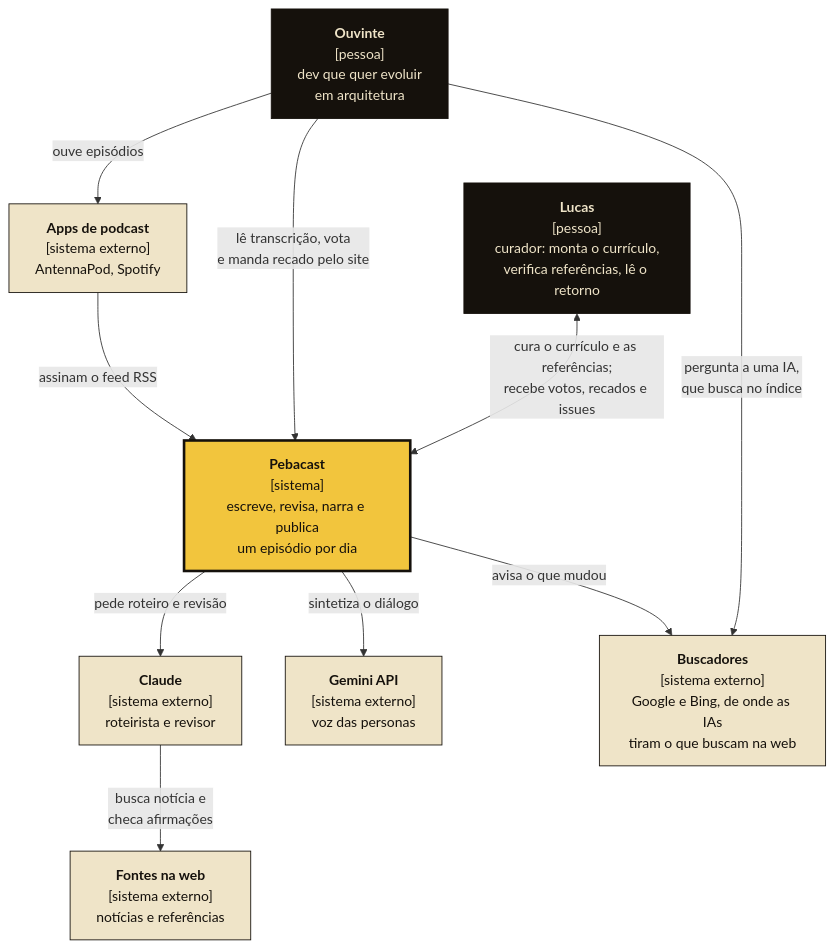
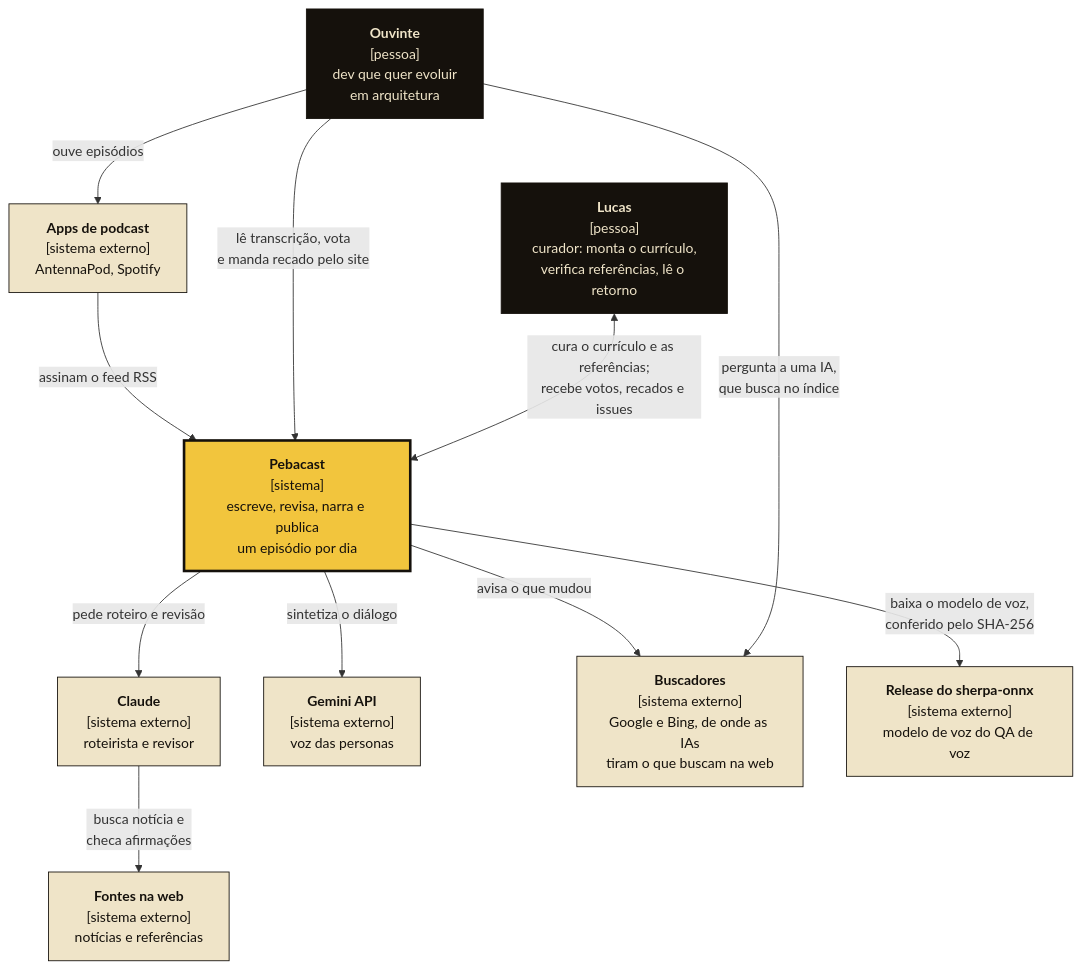
The first of 2 diagrams in docs/c4-negocio.md (lucas-jdev/pebacast), drawn with Mermaid before and after one commit. The commit also changed other lines of this file and 15 other files, not shown here.

````diff
--- a/docs/c4-negocio.md
+++ b/docs/c4-negocio.md
@@ -9,27 +9,29 @@
 ```mermaid
 flowchart TB
     classDef pessoa fill:#15110c,stroke:#15110c,color:#efe4c8
     classDef sistema fill:#f2c53d,stroke:#15110c,color:#15110c,stroke-width:3px
     classDef externo fill:#efe4c8,stroke:#15110c,color:#15110c
 
     ouvinte["<b>Ouvinte</b><br/>[pessoa]<br/>dev que quer evoluir<br/>em arquitetura"]:::pessoa
     lucas["<b>Lucas</b><br/>[pessoa]<br/>curador: monta o currículo,<br/>verifica referências, lê o retorno"]:::pessoa
 
     pebacast["<b>Pebacast</b><br/>[sistema]<br/>escreve, revisa, narra e publica<br/>um episódio por dia"]:::sistema
 
     claude["<b>Claude</b><br/>[sistema externo]<br/>roteirista e revisor"]:::externo
     noticias["<b>Fontes na web</b><br/>[sistema externo]<br/>notícias e referências"]:::externo
     gemini["<b>Gemini API</b><br/>[sistema externo]<br/>voz das personas"]:::externo
     apps["<b>Apps de podcast</b><br/>[sistema externo]<br/>AntennaPod, Spotify"]:::externo
     buscadores["<b>Buscadores</b><br/>[sistema externo]<br/>Google e Bing, de onde as IAs<br/>tiram o que buscam na web"]:::externo
+    sherpa["<b>Release do sherpa-onnx</b><br/>[sistema externo]<br/>modelo de voz do QA de voz"]:::externo
 
     ouvinte -- "ouve episódios" --> apps
     apps -- "assinam o feed RSS" --> pebacast
     ouvinte -- "lê transcrição, vota<br/>e manda recado pelo site" --> pebacast
     lucas <-- "cura o currículo e as referências;<br/>recebe votos, recados e issues" --> pebacast
     pebacast -- "pede roteiro e revisão" --> claude
     claude -- "busca notícia e<br/>checa afirmações" --> noticias
     pebacast -- "sintetiza o diálogo" --> gemini
     pebacast -- "avisa o que mudou" --> buscadores
     ouvinte -- "pergunta a uma IA,<br/>que busca no índice" --> buscadores
+    pebacast -- "baixa o modelo de voz,<br/>conferido pelo SHA-256" --> sherpa
 ```
````
